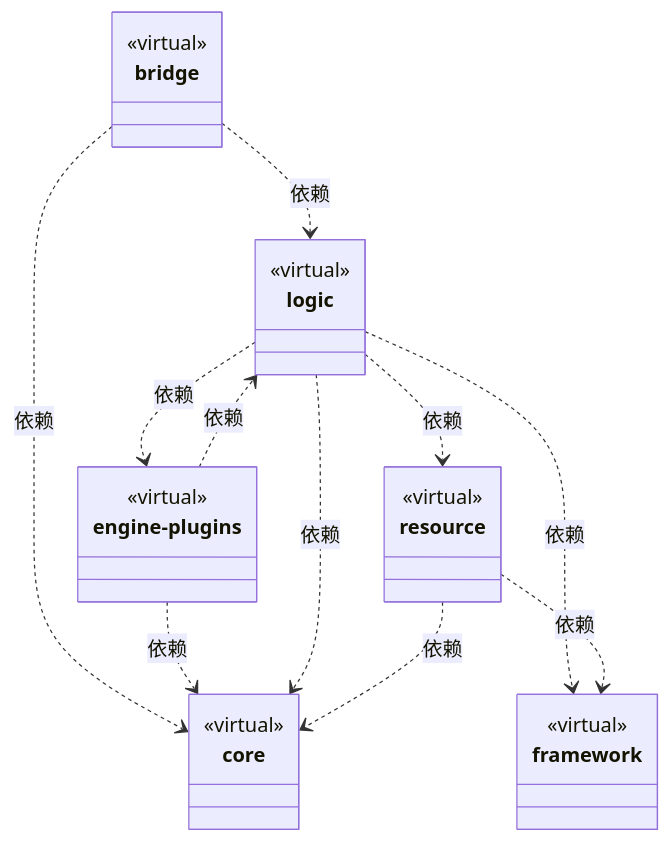
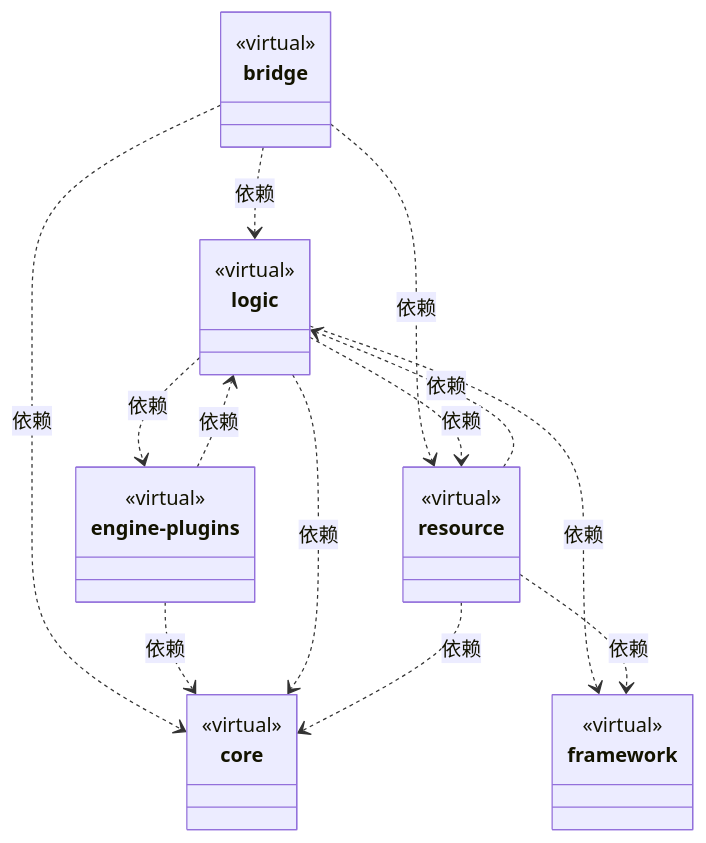
Before and after one commit to nan023062/cbim: the first of 2 diagrams in src/ARCHITECTURE.md, drawn with Mermaid. The commit also changed 113 other files, not shown here.

````diff
--- a/src/ARCHITECTURE.md
+++ b/src/ARCHITECTURE.md
@@ -33,37 +33,39 @@
 ```mermaid
 classDiagram
 class N_8ad7653761f5["logic"] {
   <<virtual>>
 }
 click N_8ad7653761f5 href "logic/ARCHITECTURE.md"
 class N_22a9dc163407["bridge"] {
   <<virtual>>
 }
 click N_22a9dc163407 href "bridge/ARCHITECTURE.md"
 class N_be04b6eef23f["engine-plugins"] {
   <<virtual>>
 }
 click N_be04b6eef23f href "engine-plugins/ARCHITECTURE.md"
 class N_2ac6ecef0e06["core"] {
   <<virtual>>
 }
 click N_2ac6ecef0e06 href "core/ARCHITECTURE.md"
 class N_2a213dc873da["framework"] {
   <<virtual>>
 }
 click N_2a213dc873da href "framework/ARCHITECTURE.md"
 class N_212574dc93ac["resource"] {
   <<virtual>>
 }
 click N_212574dc93ac href "resource/ARCHITECTURE.md"
 N_22a9dc163407 ..> N_2ac6ecef0e06 : 依赖
 N_22a9dc163407 ..> N_8ad7653761f5 : 依赖
+N_22a9dc163407 ..> N_212574dc93ac : 依赖
 N_be04b6eef23f ..> N_2ac6ecef0e06 : 依赖
 N_be04b6eef23f ..> N_8ad7653761f5 : 依赖
 N_8ad7653761f5 ..> N_2ac6ecef0e06 : 依赖
 N_8ad7653761f5 ..> N_be04b6eef23f : 依赖
 N_8ad7653761f5 ..> N_2a213dc873da : 依赖
 N_8ad7653761f5 ..> N_212574dc93ac : 依赖
 N_212574dc93ac ..> N_2ac6ecef0e06 : 依赖
 N_212574dc93ac ..> N_2a213dc873da : 依赖
+N_212574dc93ac ..> N_8ad7653761f5 : 依赖
 ```
````
